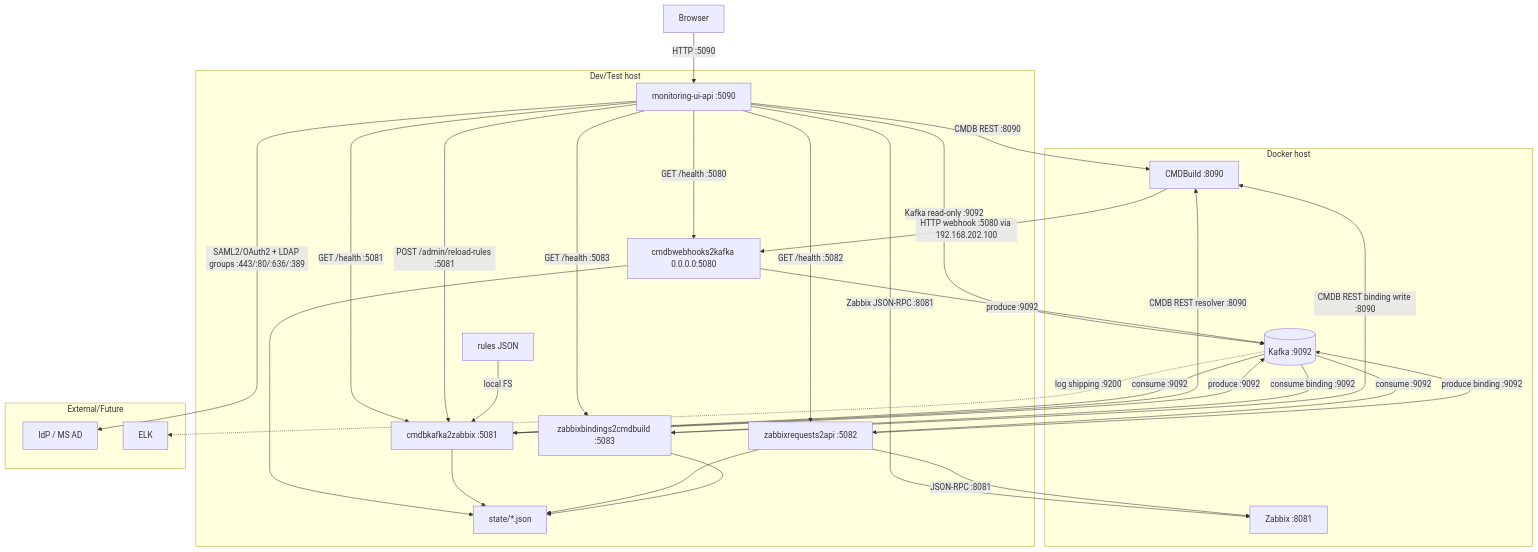
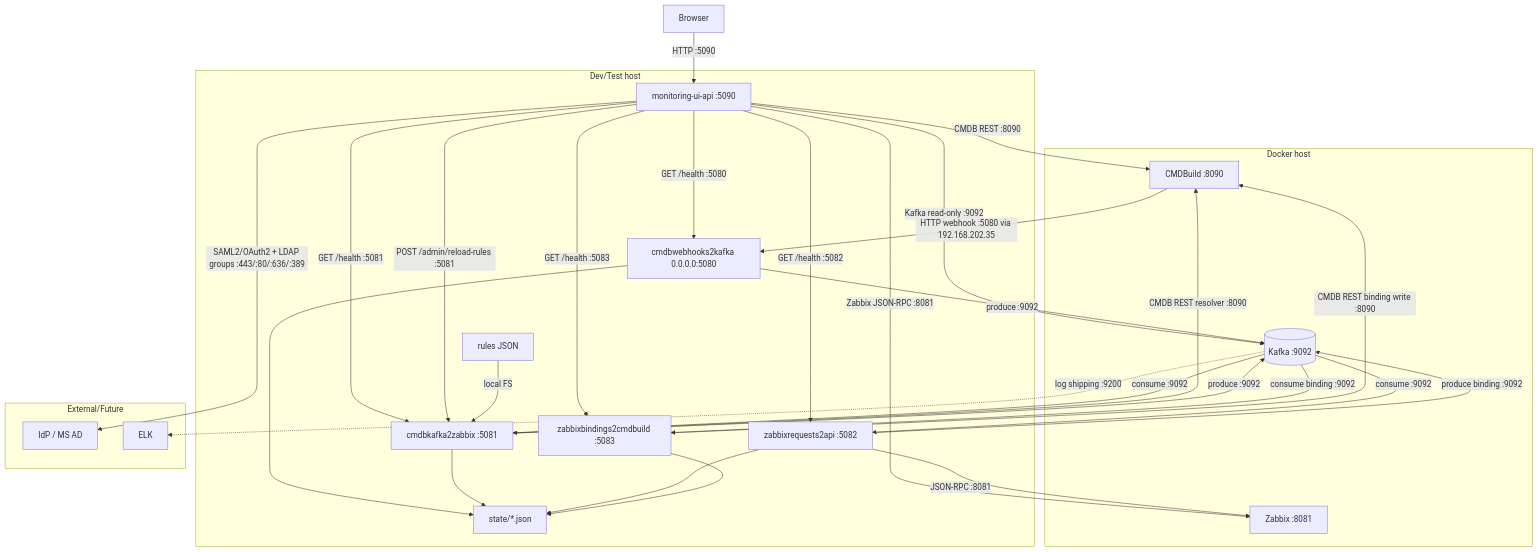
Before and after one commit to igorlyapin-max/cmdb2monitoring: the diagram in aa/deployment-test.mmd, drawn with Mermaid. The commit also changed 25 other files, not shown here.

Commit message:
Fix CMDBuild webhooks and Zabbix apply flow

```diff
--- a/aa/deployment-test.mmd
+++ b/aa/deployment-test.mmd
@@ -1,48 +1,48 @@
 flowchart TB
     subgraph devhost[Dev/Test host]
         monui[monitoring-ui-api :5090]
         wh[cmdbwebhooks2kafka 0.0.0.0:5080]
         conv[cmdbkafka2zabbix :5081]
         api[zabbixrequests2api :5082]
         bind[zabbixbindings2cmdbuild :5083]
         rules[rules JSON]
         state[state/*.json]
     end
 
     subgraph docker[Docker host]
         kafka[(Kafka :9092)]
         cmdb[CMDBuild :8090]
         zbx[Zabbix :8081]
     end
 
     subgraph external[External/Future]
         idp[IdP / MS AD]
         elk[ELK]
     end
 
     browser[Browser] -->|HTTP :5090| monui
     monui -->|SAML2/OAuth2 + LDAP groups :443/:80/:636/:389| idp
     monui -->|CMDB REST :8090| cmdb
     monui -->|Zabbix JSON-RPC :8081| zbx
     monui -->|Kafka read-only :9092| kafka
     monui -->|GET /health :5080| wh
     monui -->|GET /health :5081| conv
     monui -->|GET /health :5082| api
     monui -->|GET /health :5083| bind
     monui -->|POST /admin/reload-rules :5081| conv
-    cmdb -->|HTTP webhook :5080 via 192.168.202.100| wh
+    cmdb -->|HTTP webhook :5080 via 192.168.202.35| wh
     wh -->|produce :9092| kafka
     kafka -->|consume :9092| conv
     rules -->|local FS| conv
     conv -->|CMDB REST resolver :8090| cmdb
     conv -->|produce :9092| kafka
     kafka -->|consume :9092| api
     api -->|JSON-RPC :8081| zbx
     api -->|produce binding :9092| kafka
     kafka -->|consume binding :9092| bind
     bind -->|CMDB REST binding write :8090| cmdb
     wh --> state
     conv --> state
     api --> state
     bind --> state
     kafka -. log shipping :9200 .-> elk
```
